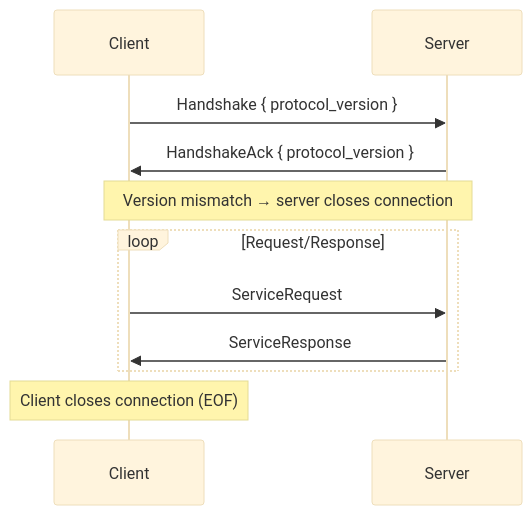
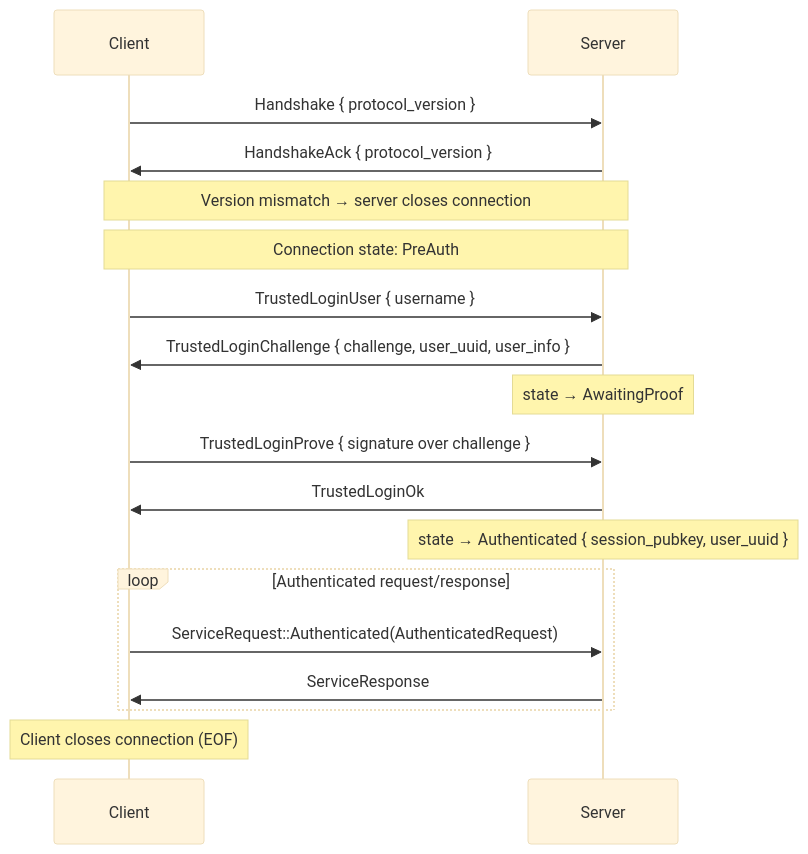
One commit to arcuru/eidetica changed the second of 2 diagrams in docs/src/internal/service.md. Above: the diagram before and after it, drawn with Mermaid (base theme). The commit also changed other lines of this file, not shown here.

First line of the commit message:
docs(service): rewrite internal architecture doc to match implementation

````diff
--- a/docs/src/internal/service.md
+++ b/docs/src/internal/service.md
@@ -57,16 +46,25 @@
 ```mermaid
 sequenceDiagram
     participant C as Client
     participant S as Server
 
     C->>S: Handshake { protocol_version }
     S->>C: HandshakeAck { protocol_version }
     Note over C,S: Version mismatch → server closes connection
 
-    loop Request/Response
-        C->>S: ServiceRequest
+    Note over C,S: Connection state: PreAuth
+
+    C->>S: TrustedLoginUser { username }
+    S->>C: TrustedLoginChallenge { challenge, user_uuid, user_info }
+    Note over S: state → AwaitingProof
+    C->>S: TrustedLoginProve { signature over challenge }
+    S->>C: TrustedLoginOk
+    Note over S: state → Authenticated { session_pubkey, user_uuid }
+
+    loop Authenticated request/response
+        C->>S: ServiceRequest::Authenticated(AuthenticatedRequest)
         S->>C: ServiceResponse
     end
 
     Note over C: Client closes connection (EOF)
 ```
````
